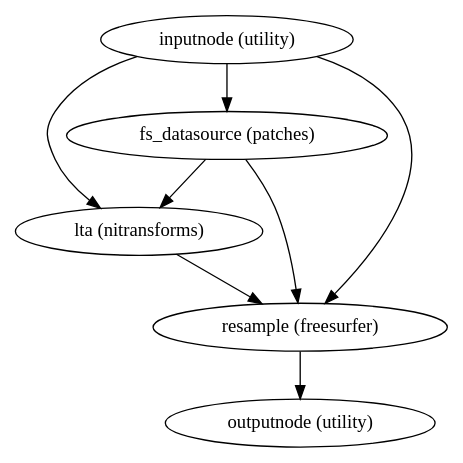
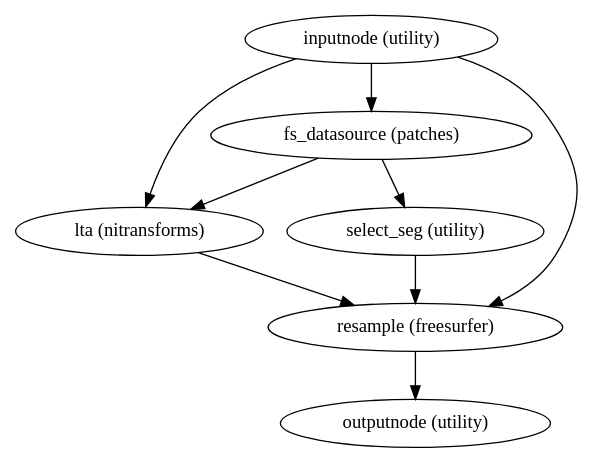
Before and after one commit to laviniawuensch/smriprep: the diagram in maint_0.16.x/wf_directive/api/segs_to_native_wf_aseg/smriprep-workflows-surfaces-9.dot, drawn with Graphviz. The commit also changed 2702 other files, not shown here.

```diff
--- a/maint_0.16.x/wf_directive/api/segs_to_native_wf_aseg/smriprep-workflows-surfaces-9.dot
+++ b/maint_0.16.x/wf_directive/api/segs_to_native_wf_aseg/smriprep-workflows-surfaces-9.dot
@@ -1,14 +1,16 @@
 strict digraph  {
 "inputnode (utility)";
 "fs_datasource (patches)";
 "lta (nitransforms)";
 "resample (freesurfer)";
+"select_seg (utility)";
 "outputnode (utility)";
 "inputnode (utility)" -> "fs_datasource (patches)";
 "inputnode (utility)" -> "lta (nitransforms)";
 "inputnode (utility)" -> "resample (freesurfer)";
 "fs_datasource (patches)" -> "lta (nitransforms)";
-"fs_datasource (patches)" -> "resample (freesurfer)";
+"fs_datasource (patches)" -> "select_seg (utility)";
 "lta (nitransforms)" -> "resample (freesurfer)";
 "resample (freesurfer)" -> "outputnode (utility)";
+"select_seg (utility)" -> "resample (freesurfer)";
 }
```
